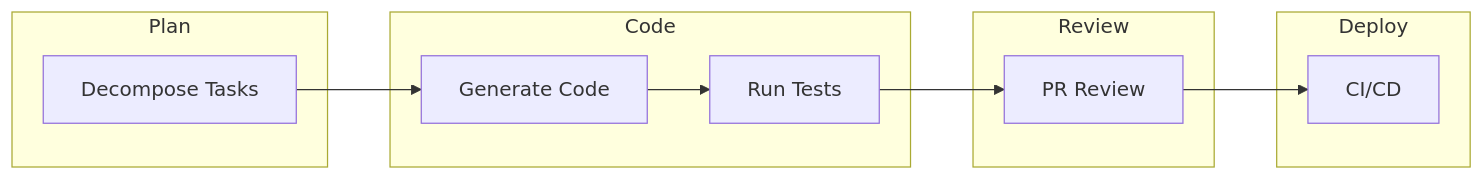
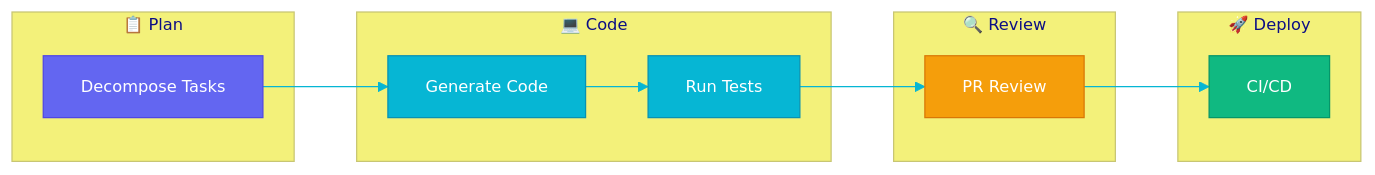
Before and after one commit to JohannesRabauer/gh-600-preparation: the second of 12 diagrams in docs/study_notes.md, drawn with Mermaid. The commit also changed other lines of this file and 5 other files, not shown here.

First line of the commit message:
feat: add colorful animated diagrams and pictograms across study material

````diff
--- a/docs/study_notes.md
+++ b/docs/study_notes.md
@@ -137,17 +145,23 @@
 ```mermaid
+%%{init: {'theme': 'base', 'themeVariables': {'primaryColor': '#6366f1', 'primaryTextColor': '#fff', 'lineColor': '#06b6d4', 'fontSize': '13px'}}}%%
 graph LR
-    subgraph "Plan"
-        A[Decompose Tasks]
+    subgraph Plan["📋 Plan"]
+        A[Decompose Tasks]:::plan
     end
-    subgraph "Code"
-        B[Generate Code]
-        C[Run Tests]
+    subgraph Code["💻 Code"]
+        B[Generate Code]:::code
+        C[Run Tests]:::code
     end
-    subgraph "Review"
-        D[PR Review]
+    subgraph Review["🔍 Review"]
+        D[PR Review]:::review
     end
-    subgraph "Deploy"
-        E[CI/CD]
+    subgraph Deploy["🚀 Deploy"]
+        E[CI/CD]:::deploy
     end
     A --> B --> C --> D --> E
+
+    classDef plan fill:#6366f1,stroke:#4f46e5,color:#fff
+    classDef code fill:#06b6d4,stroke:#0891b2,color:#fff
+    classDef review fill:#f59e0b,stroke:#d97706,color:#fff
+    classDef deploy fill:#10b981,stroke:#059669,color:#fff
 ```
````
